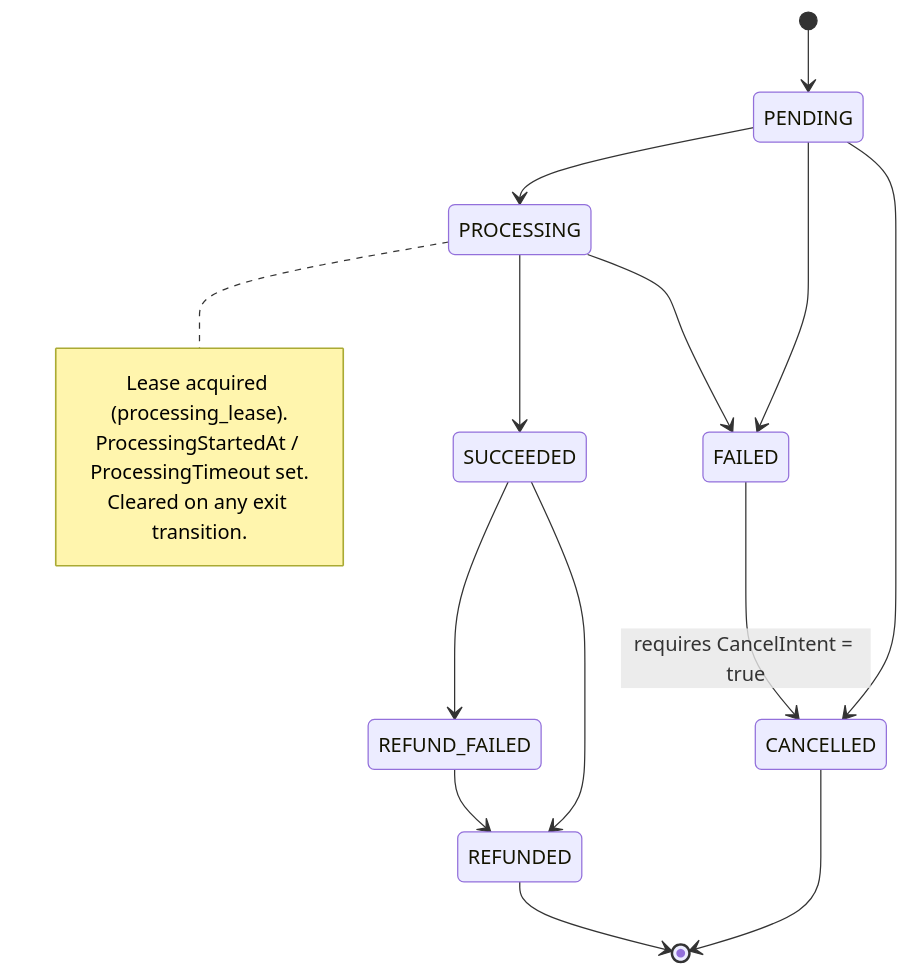
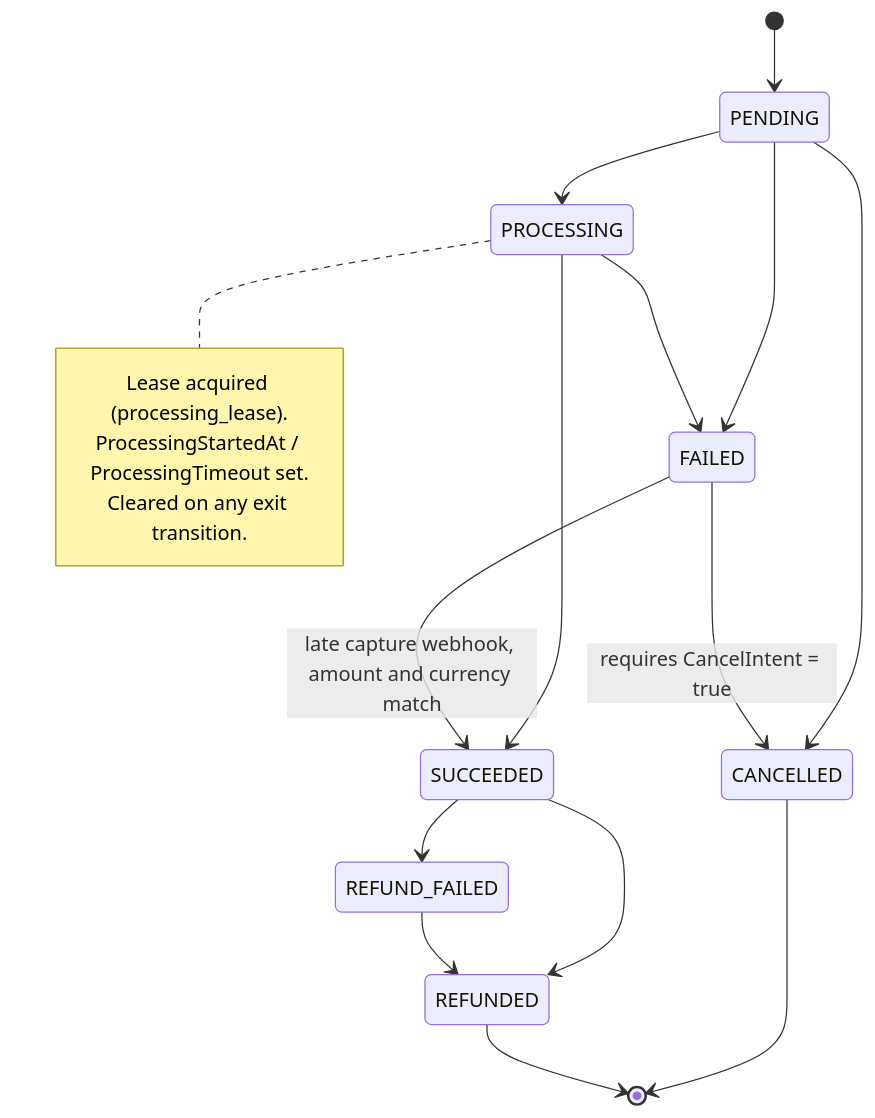
One commit to blue-samarth/payment-service changed the second of 11 diagrams in README.md. Above: the diagram before and after it, drawn with Mermaid. The commit also changed other lines of this file and 8 other files, not shown here.

Commit message:
fix(webhooks): check the capture against the payment; settle late captures

````diff
--- a/README.md
+++ b/README.md
@@ -192,27 +192,28 @@
 ```mermaid
 stateDiagram-v2
     [*] --> PENDING
 
     PENDING --> PROCESSING
     PENDING --> CANCELLED
     PENDING --> FAILED
 
     PROCESSING --> SUCCEEDED
     PROCESSING --> FAILED
 
     SUCCEEDED --> REFUNDED
     SUCCEEDED --> REFUND_FAILED
 
     REFUND_FAILED --> REFUNDED
 
     FAILED --> CANCELLED : requires CancelIntent = true
+    FAILED --> SUCCEEDED : late capture webhook, amount and currency match
 
     CANCELLED --> [*]
     REFUNDED --> [*]
 
     note right of PROCESSING
         Lease acquired (processing_lease).
         ProcessingStartedAt / ProcessingTimeout set.
         Cleared on any exit transition.
     end note
 ```
````
